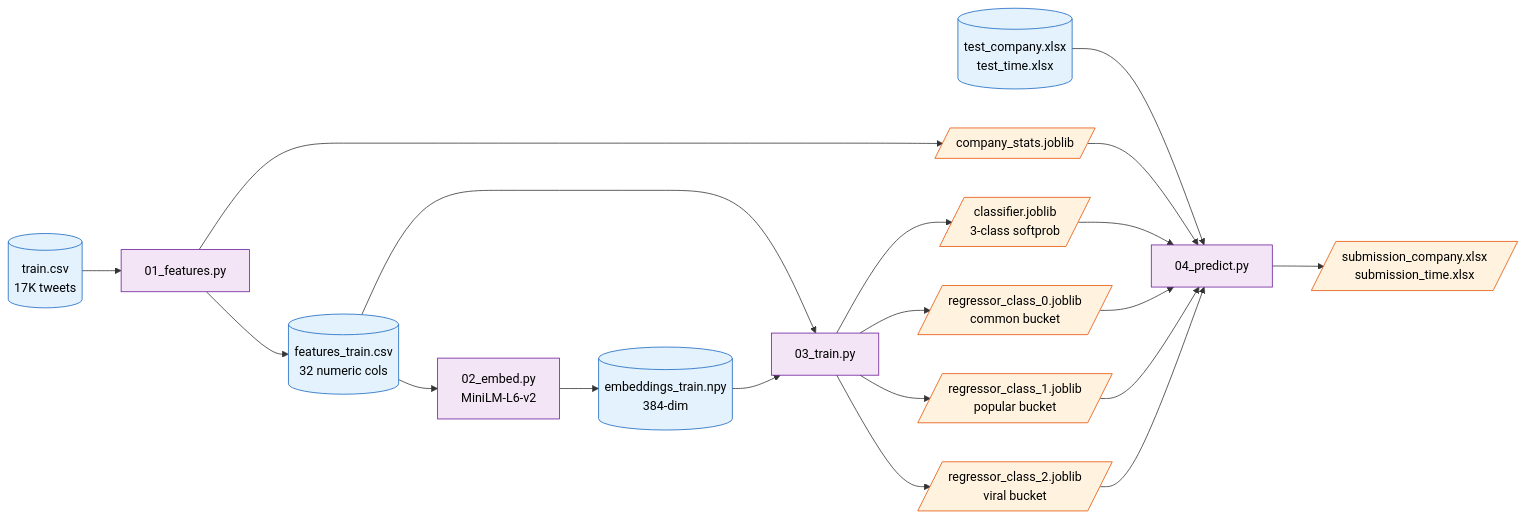
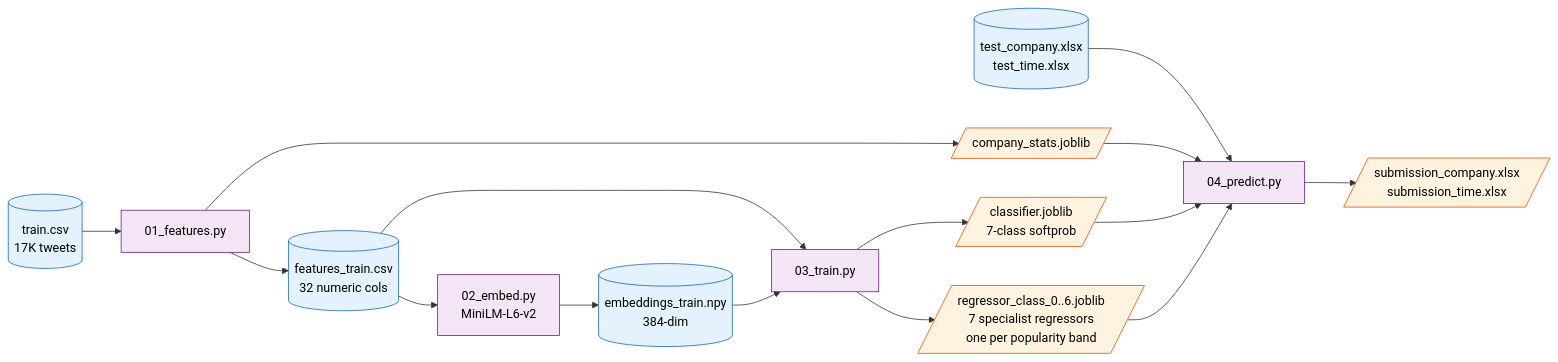
One commit to havish-coder/Tweet_analyzer changed the diagram in Task-1/README.md. Above: the diagram before and after it, drawn with Mermaid. The commit also changed other lines of this file and 19 other files, not shown here.

````diff
--- a/Task-1/README.md
+++ b/Task-1/README.md
@@ -31,39 +31,33 @@
 ```mermaid
 flowchart LR
     A[(train.csv<br/>17K tweets)] --> B[01_features.py]
     B --> C[(features_train.csv<br/>32 numeric cols)]
     B --> D[/company_stats.joblib/]
     C --> E[02_embed.py<br/>MiniLM-L6-v2]
     E --> F[(embeddings_train.npy<br/>384-dim)]
 
     C --> G[03_train.py]
     F --> G
 
-    G --> H1[/classifier.joblib<br/>3-class softprob/]
-    G --> H2[/regressor_class_0.joblib<br/>common bucket/]
-    G --> H3[/regressor_class_1.joblib<br/>popular bucket/]
-    G --> H4[/regressor_class_2.joblib<br/>viral bucket/]
+    G --> H1[/classifier.joblib<br/>7-class softprob/]
+    G --> H2[/regressor_class_0..6.joblib<br/>7 specialist regressors<br/>one per popularity band/]
 
     I[(test_company.xlsx<br/>test_time.xlsx)] --> J[04_predict.py]
     D --> J
     H1 --> J
     H2 --> J
-    H3 --> J
-    H4 --> J
     J --> K[/submission_company.xlsx<br/>submission_time.xlsx/]
 
     style A fill:#e3f2fd,stroke:#1565c0,color:#000
     style C fill:#e3f2fd,stroke:#1565c0,color:#000
     style F fill:#e3f2fd,stroke:#1565c0,color:#000
     style I fill:#e3f2fd,stroke:#1565c0,color:#000
     style D fill:#fff3e0,stroke:#e65100,color:#000
     style H1 fill:#fff3e0,stroke:#e65100,color:#000
     style H2 fill:#fff3e0,stroke:#e65100,color:#000
-    style H3 fill:#fff3e0,stroke:#e65100,color:#000
-    style H4 fill:#fff3e0,stroke:#e65100,color:#000
     style K fill:#fff3e0,stroke:#e65100,color:#000
     style B fill:#f3e5f5,stroke:#6a1b9a,color:#000
     style E fill:#f3e5f5,stroke:#6a1b9a,color:#000
     style G fill:#f3e5f5,stroke:#6a1b9a,color:#000
     style J fill:#f3e5f5,stroke:#6a1b9a,color:#000
 ```
````
